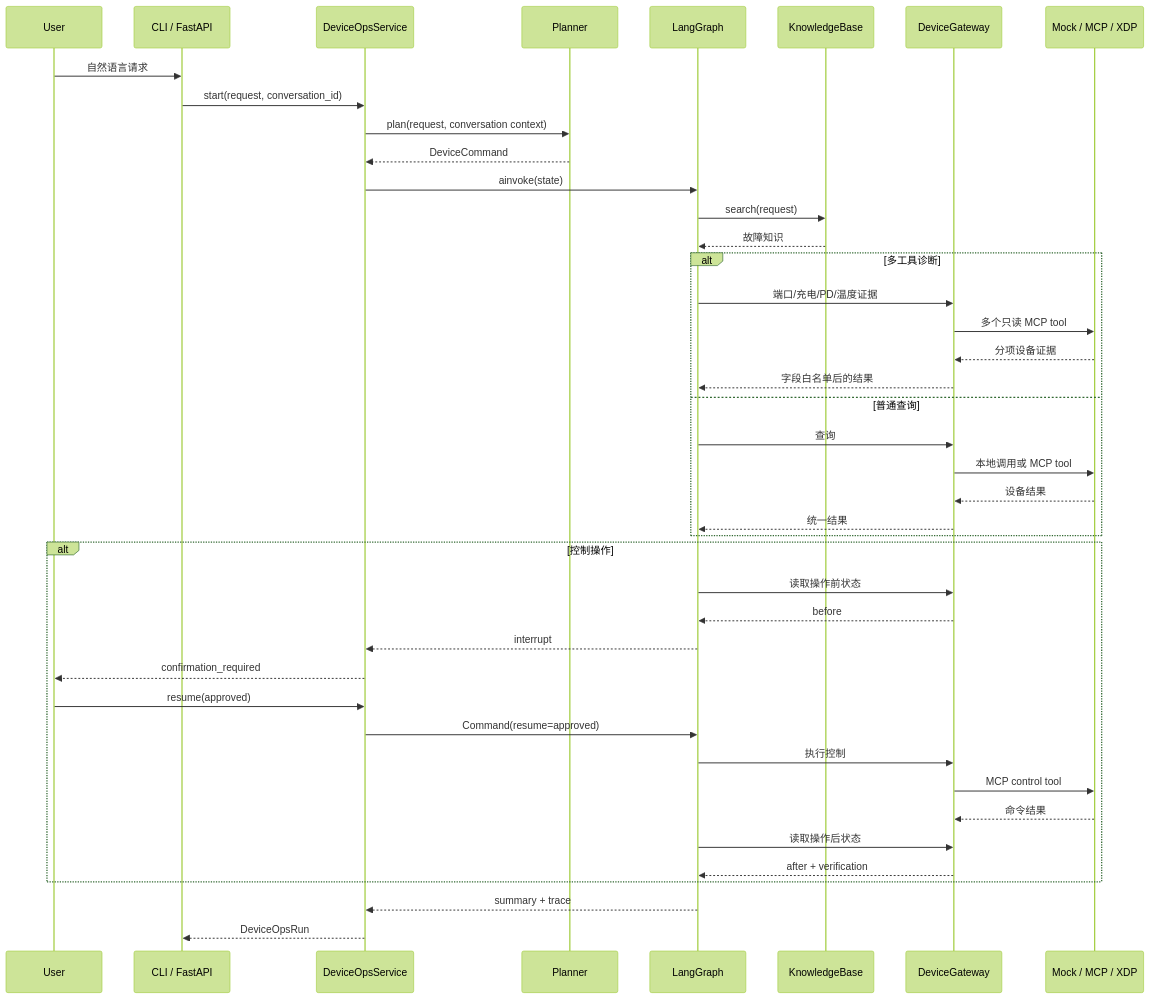
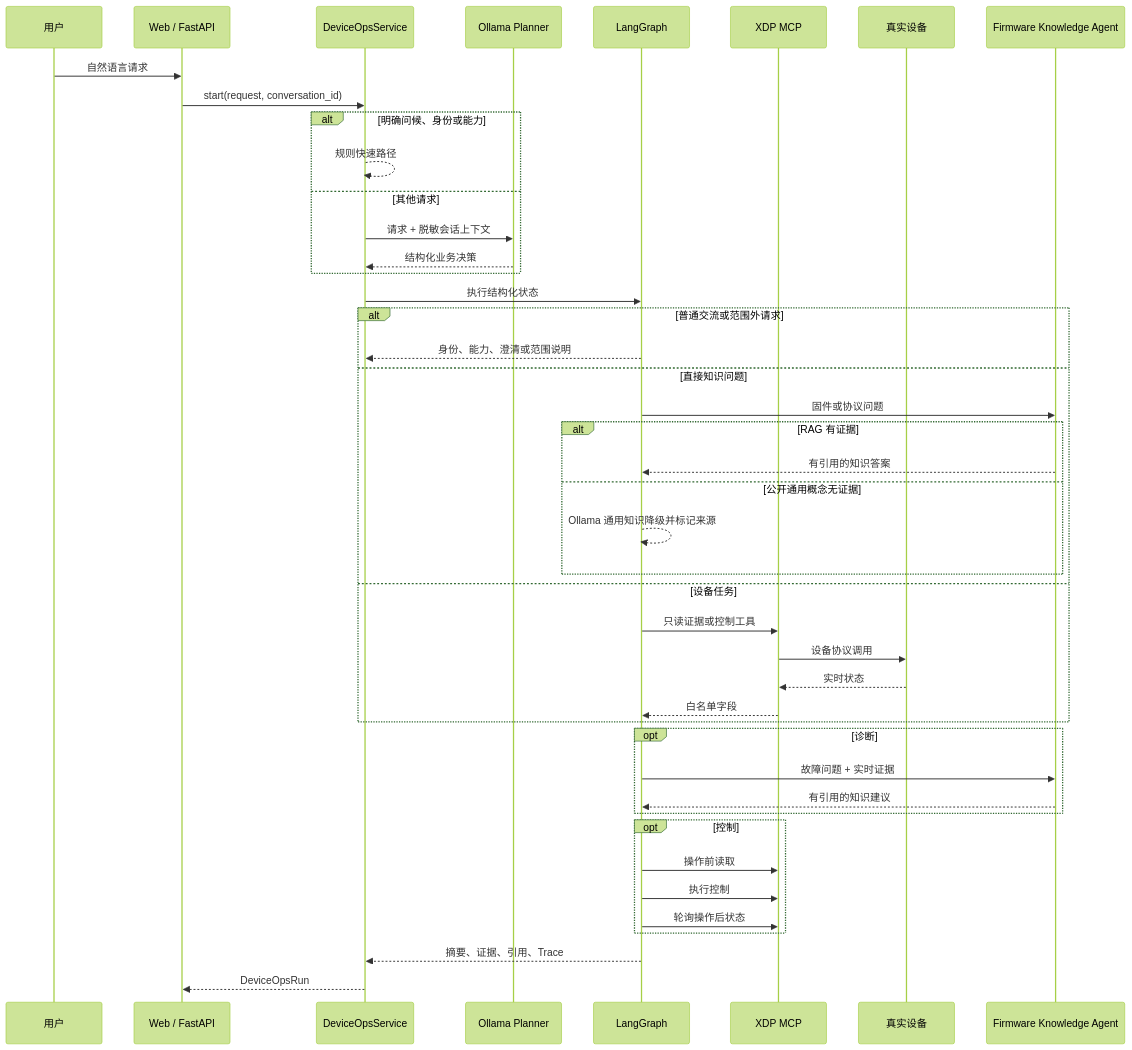
The diagram in docs/PROJECT_WALKTHROUGH.md (yuzhouzhishen/device-agent-lab), drawn with Mermaid (forest theme) before and after one commit. The commit also changed other lines of this file and 45 other files, not shown here.

Commit message:
feat: 完成 DeviceOps Agent 1.6.0 公开基线

````diff
--- a/docs/PROJECT_WALKTHROUGH.md
+++ b/docs/PROJECT_WALKTHROUGH.md
@@ -7,45 +18,47 @@
 ```mermaid
 sequenceDiagram
-    participant User
-    participant Entry as CLI / FastAPI
+    participant User as 用户
+    participant API as Web / FastAPI
     participant Service as DeviceOpsService
-    participant Planner
+    participant Planner as Ollama Planner
     participant Graph as LangGraph
-    participant KB as KnowledgeBase
-    participant Gateway as DeviceGateway
-    participant Device as Mock / MCP / XDP
+    participant MCP as XDP MCP
+    participant Device as 真实设备
+    participant RAG as Firmware Knowledge Agent
 
-    User->>Entry: 自然语言请求
-    Entry->>Service: start(request, conversation_id)
-    Service->>Planner: plan(request, conversation context)
-    Planner-->>Service: DeviceCommand
-    Service->>Graph: ainvoke(state)
-    Graph->>KB: search(request)
-    KB-->>Graph: 故障知识
-    alt 多工具诊断
-        Graph->>Gateway: 端口/充电/PD/温度证据
-        Gateway->>Device: 多个只读 MCP tool
-        Device-->>Gateway: 分项设备证据
-        Gateway-->>Graph: 字段白名单后的结果
-    else 普通查询
-        Graph->>Gateway: 查询
-        Gateway->>Device: 本地调用或 MCP tool
-        Device-->>Gateway: 设备结果
-        Gateway-->>Graph: 统一结果
+    User->>API: 自然语言请求
+    API->>Service: start(request, conversation_id)
+    alt 明确问候、身份或能力
+        Service-->>Service: 规则快速路径
+    else 其他请求
+        Service->>Planner: 请求 + 脱敏会话上下文
+        Planner-->>Service: 结构化业务决策
     end
-    alt 控制操作
-        Graph->>Gateway: 读取操作前状态
-        Gateway-->>Graph: before
-        Graph-->>Service: interrupt
-        Service-->>User: confirmation_required
-        User->>Service: resume(approved)
-        Service->>Graph: Command(resume=approved)
-        Graph->>Gateway: 执行控制
-        Gateway->>Device: MCP control tool
-        Device-->>Gateway: 命令结果
-        Graph->>Gateway: 读取操作后状态
-        Gateway-->>Graph: after + verification
+    Service->>Graph: 执行结构化状态
+    alt 普通交流或范围外请求
+        Graph-->>Service: 身份、能力、澄清或范围说明
+    else 直接知识问题
+        Graph->>RAG: 固件或协议问题
+        alt RAG 有证据
+            RAG-->>Graph: 有引用的知识答案
+        else 公开通用概念无证据
+            Graph-->>Graph: Ollama 通用知识降级并标记来源
+        end
+    else 设备任务
+        Graph->>MCP: 只读证据或控制工具
+        MCP->>Device: 设备协议调用
+        Device-->>MCP: 实时状态
+        MCP-->>Graph: 白名单字段
     end
-    Graph-->>Service: summary + trace
-    Service-->>Entry: DeviceOpsRun
+    opt 诊断
+        Graph->>RAG: 故障问题 + 实时证据
+        RAG-->>Graph: 有引用的知识建议
+    end
+    opt 控制
+        Graph->>MCP: 操作前读取
+        Graph->>MCP: 执行控制
+        Graph->>MCP: 轮询操作后状态
+    end
+    Graph-->>Service: 摘要、证据、引用、Trace
+    Service-->>API: DeviceOpsRun
 ```
````
